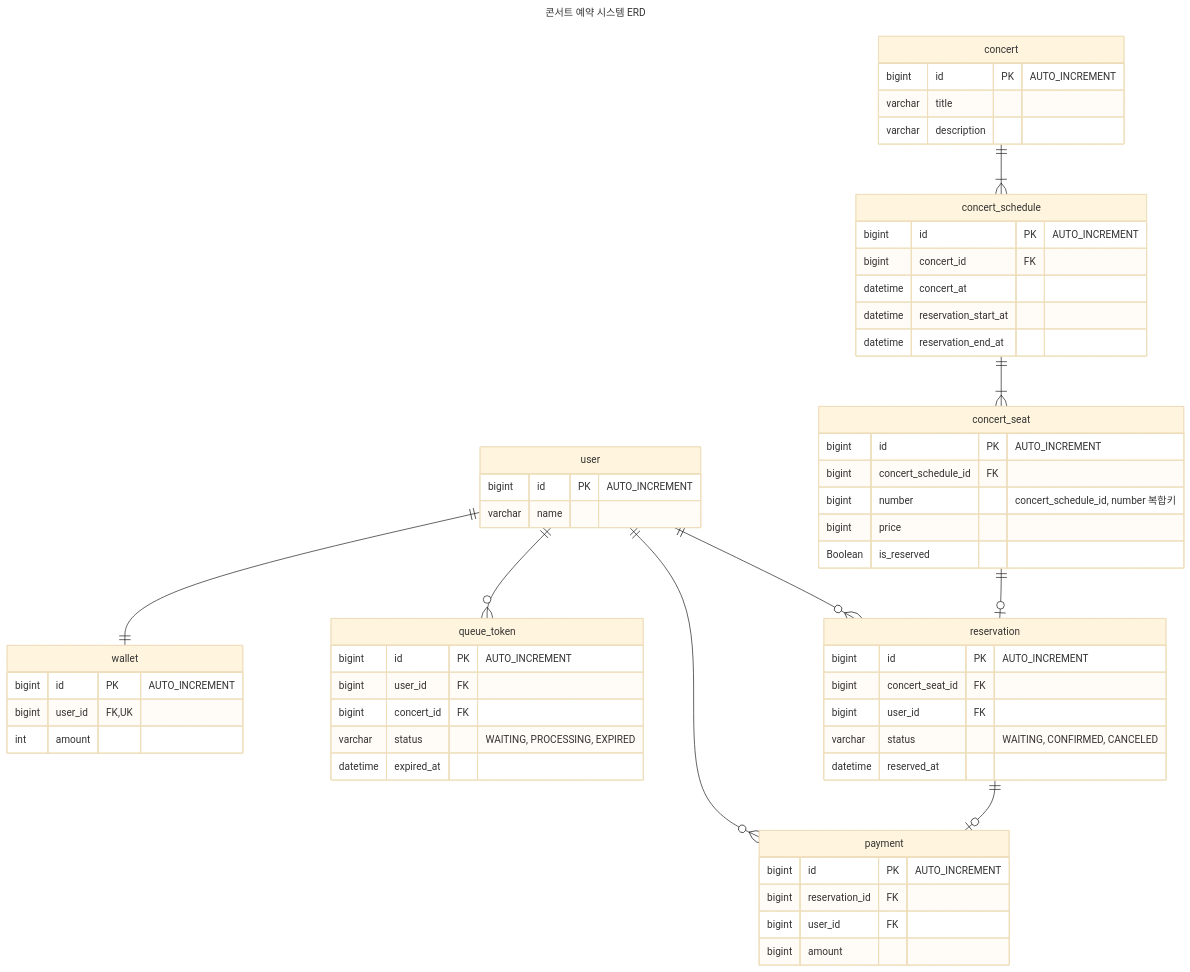
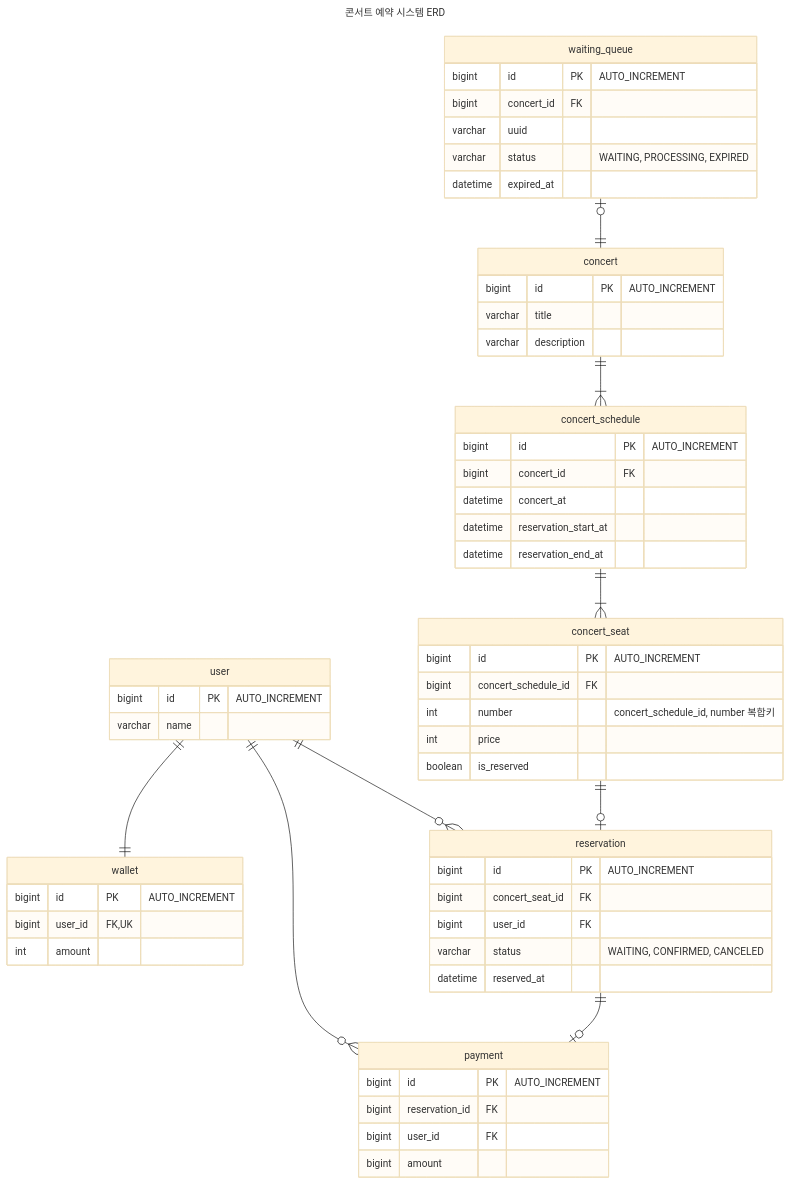
One commit to hhpb-code/hhplus-concert changed the diagram in docs/ERD.md. Above: the diagram before and after it, drawn with Mermaid (base theme). The commit also changed 22 other files, not shown here.

````diff
--- a/docs/ERD.md
+++ b/docs/ERD.md
@@ -8,71 +8,71 @@
 ```mermaid
 ---
 title: "콘서트 예약 시스템 ERD"
 ---
 
 erDiagram
     user {
         bigint id PK "AUTO_INCREMENT"
         varchar name
     }
 
     wallet {
         bigint id PK "AUTO_INCREMENT"
         bigint user_id FK, UK
         int amount
     }
 
-    queue_token {
+    waiting_queue {
         bigint id PK "AUTO_INCREMENT"
-        bigint user_id FK
         bigint concert_id FK
+        varchar uuid
         varchar status "WAITING, PROCESSING, EXPIRED"
         datetime expired_at
     }
 
     concert {
         bigint id PK "AUTO_INCREMENT"
         varchar title
         varchar description
     }
 
     concert_schedule {
         bigint id PK "AUTO_INCREMENT"
         bigint concert_id FK
         datetime concert_at
         datetime reservation_start_at
         datetime reservation_end_at
     }
 
     concert_seat {
         bigint id PK "AUTO_INCREMENT"
         bigint concert_schedule_id FK
-        bigint number "concert_schedule_id, number 복합키"
-        bigint price
-        Boolean is_reserved
+        int number "concert_schedule_id, number 복합키"
+        int price
+        boolean is_reserved
     }
 
     reservation {
         bigint id PK "AUTO_INCREMENT"
         bigint concert_seat_id FK
         bigint user_id FK
         varchar status "WAITING, CONFIRMED, CANCELED"
         datetime reserved_at
     }
 
     payment {
         bigint id PK "AUTO_INCREMENT"
         bigint reservation_id FK
         bigint user_id FK
         bigint amount
     }
 
-    user ||--o{ queue_token: ""
     user ||--|| wallet: ""
+    waiting_queue |o--|| concert: ""
     concert ||--|{ concert_schedule: ""
     concert_schedule ||--|{ concert_seat: ""
     concert_seat ||--o| reservation: ""
     reservation ||--o| payment: ""
     user ||--o{ reservation: ""
     user ||--o{ payment: ""
 ```
````
